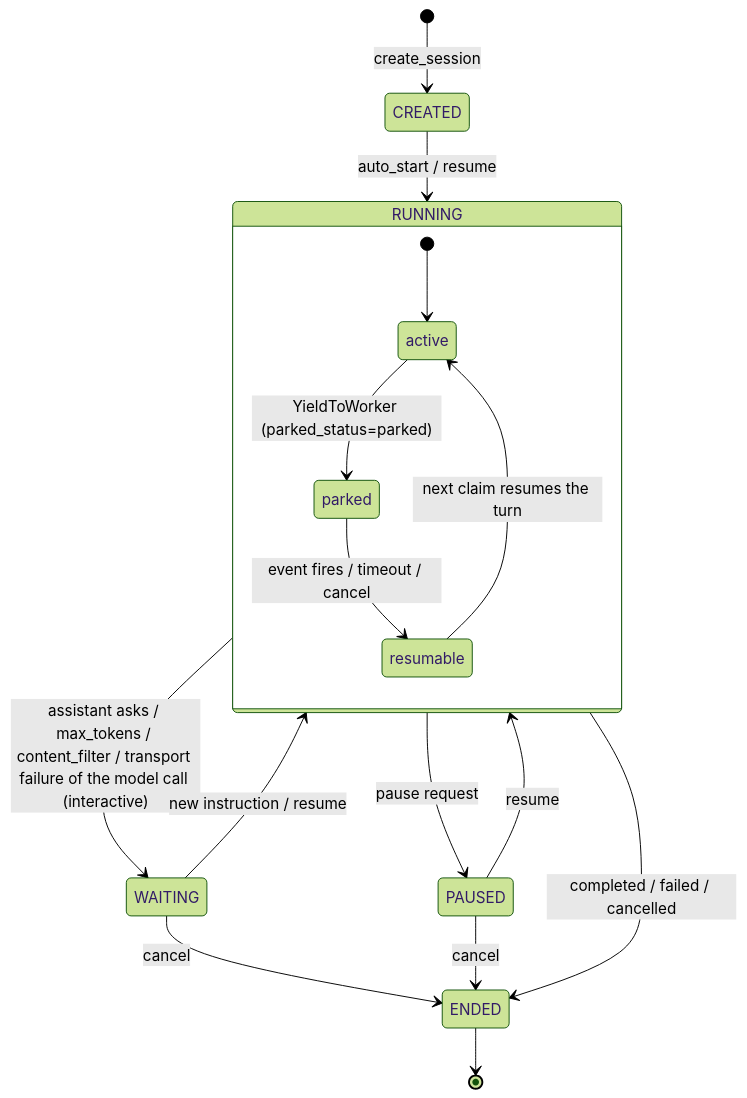
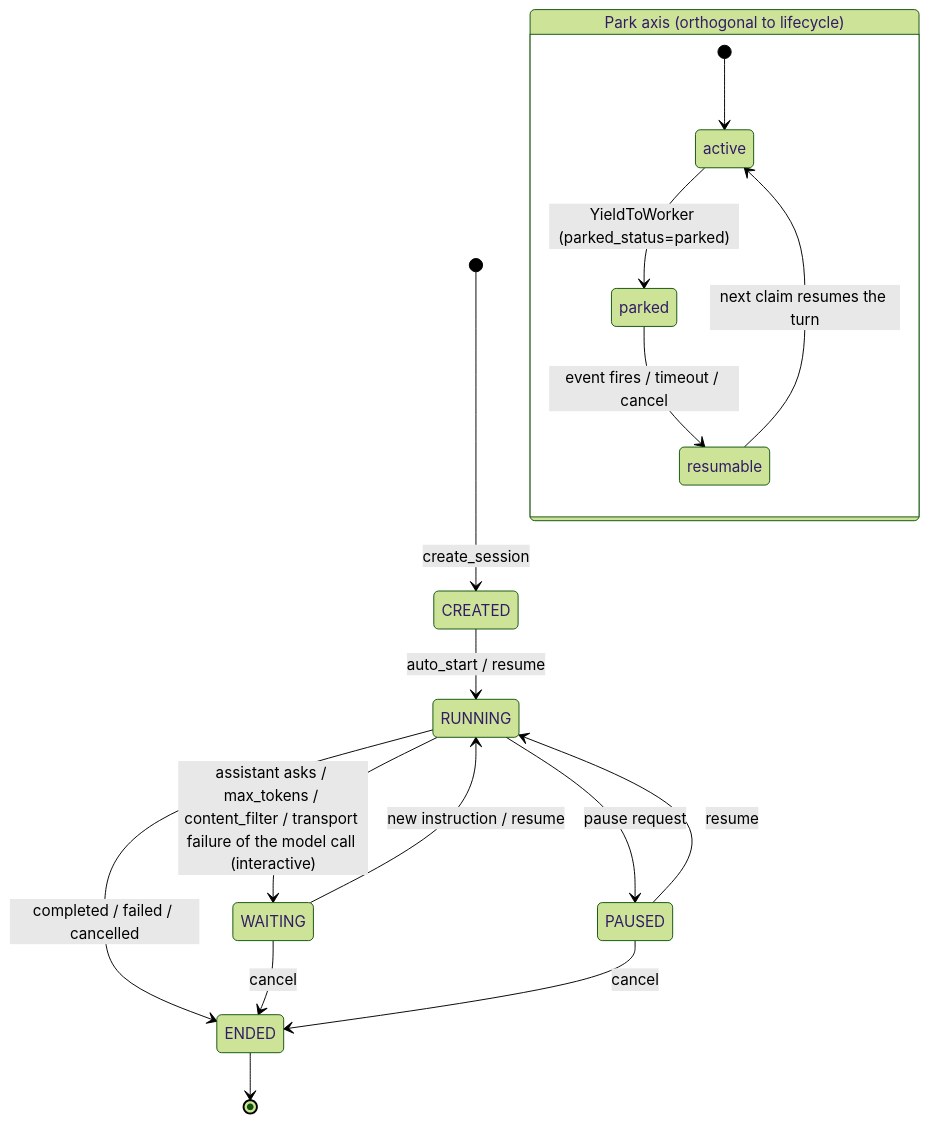
Before and after one commit to primerhq/primer: the second of 3 diagrams in docs/dev/subsystems/sessions.md, drawn with Mermaid (forest theme). The commit also changed other lines of this file and 5 other files, not shown here.

Commit message:
fix(worker): rearm created graph reparks

````diff
--- a/docs/dev/subsystems/sessions.md
+++ b/docs/dev/subsystems/sessions.md
@@ -420,21 +420,21 @@
 ```mermaid
 stateDiagram-v2
     [*] --> CREATED : create_session
     CREATED --> RUNNING : auto_start / resume
     RUNNING --> WAITING : assistant asks / max_tokens / content_filter / transport failure of the model call (interactive)
     RUNNING --> PAUSED : pause request
     RUNNING --> ENDED : completed / failed / cancelled
     WAITING --> RUNNING : new instruction / resume
     PAUSED --> RUNNING : resume
     WAITING --> ENDED : cancel
     PAUSED --> ENDED : cancel
 
-    state RUNNING {
+    state "Park axis (orthogonal to lifecycle)" as PARK_AXIS {
         [*] --> active
         active --> parked : YieldToWorker (parked_status=parked)
         parked --> resumable : event fires / timeout / cancel
         resumable --> active : next claim resumes the turn
     }
 
     ENDED --> [*]
 ```
````
